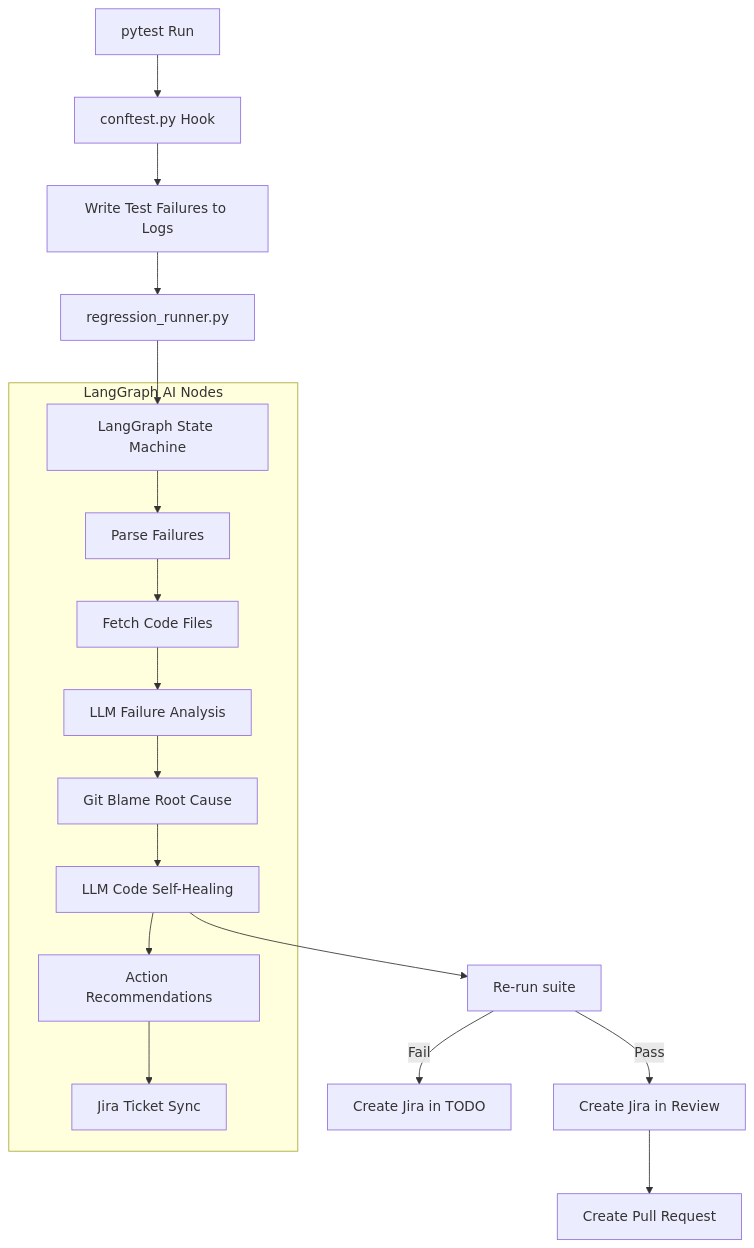
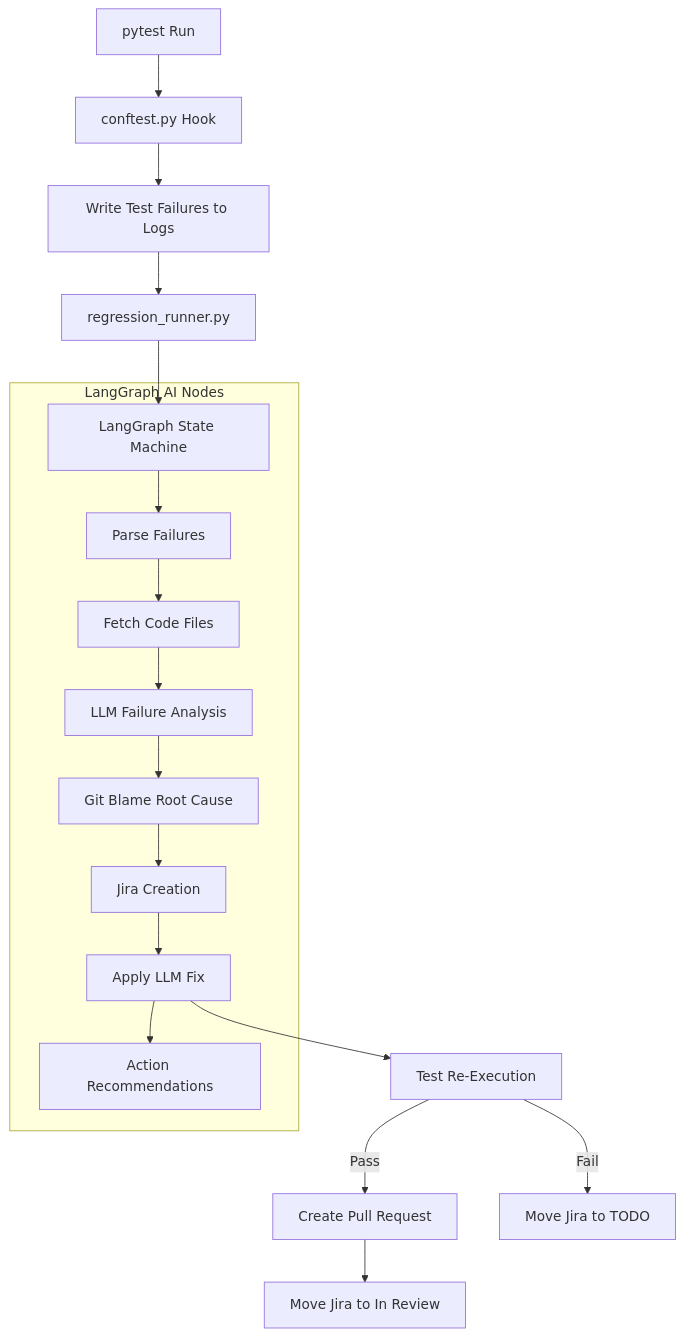
The diagram in docs/agentic_framework_integration_guide.md (mohit-mungra-moschip/agentic_pipeline), drawn with Mermaid before and after one commit. The commit also changed other lines of this file and 1 other file, not shown here.

Commit message:
docs: update presentation guide and integration guide with new pipeline flow

````diff
--- a/docs/agentic_framework_integration_guide.md
+++ b/docs/agentic_framework_integration_guide.md
@@ -11,21 +11,21 @@
 ```mermaid
 graph TD
     pytest[pytest Run] --> conftest[conftest.py Hook]
     conftest --> log[Write Test Failures to Logs]
     log --> runner[regression_runner.py]
     runner --> stateGraph[LangGraph State Machine]
     
     subgraph LangGraph AI Nodes
         stateGraph --> N2[Parse Failures]
         N2 --> N3[Fetch Code Files]
         N3 --> N4[LLM Failure Analysis]
         N4 --> N5[Git Blame Root Cause]
-        N5 --> N6[LLM Code Self-Healing]
+        N5 --> N8[Jira Creation]
+        N8 --> N6[Apply LLM Fix]
         N6 --> N7[Action Recommendations]
-        N7 --> N8[Jira Ticket Sync]
     end
     
-    N6 --> rerun[Re-run suite]
-    rerun -- Pass --> JiraReview[Create Jira in Review] --> PR[Create Pull Request]
-    rerun -- Fail --> JiraTODO[Create Jira in TODO]
+    N6 --> rerun[Test Re-Execution]
+    rerun -- Pass --> PR[Create Pull Request] --> MoveJiraReview[Move Jira to In Review]
+    rerun -- Fail --> MoveJiraTODO[Move Jira to TODO]
 ```
````
